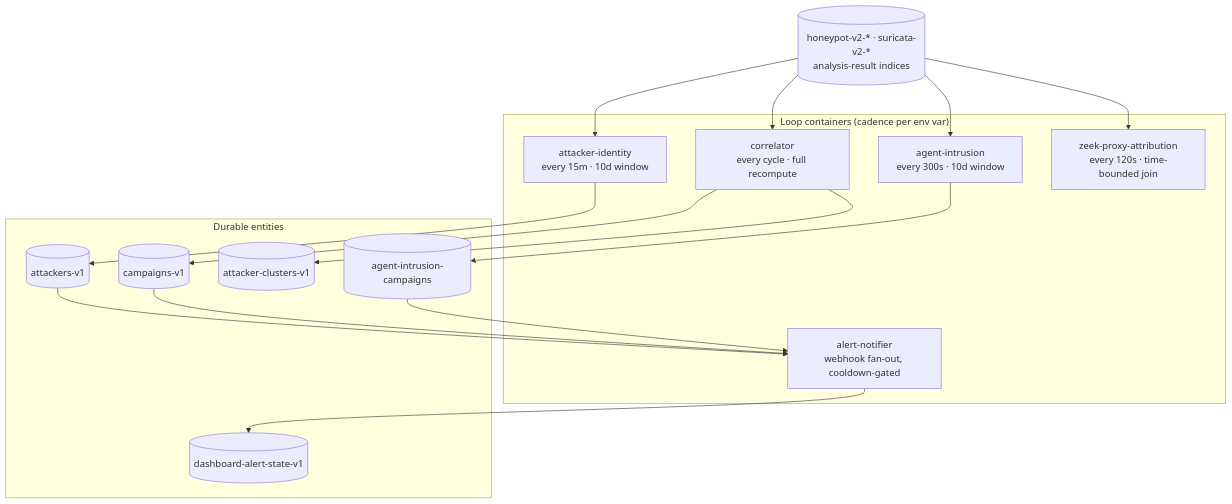
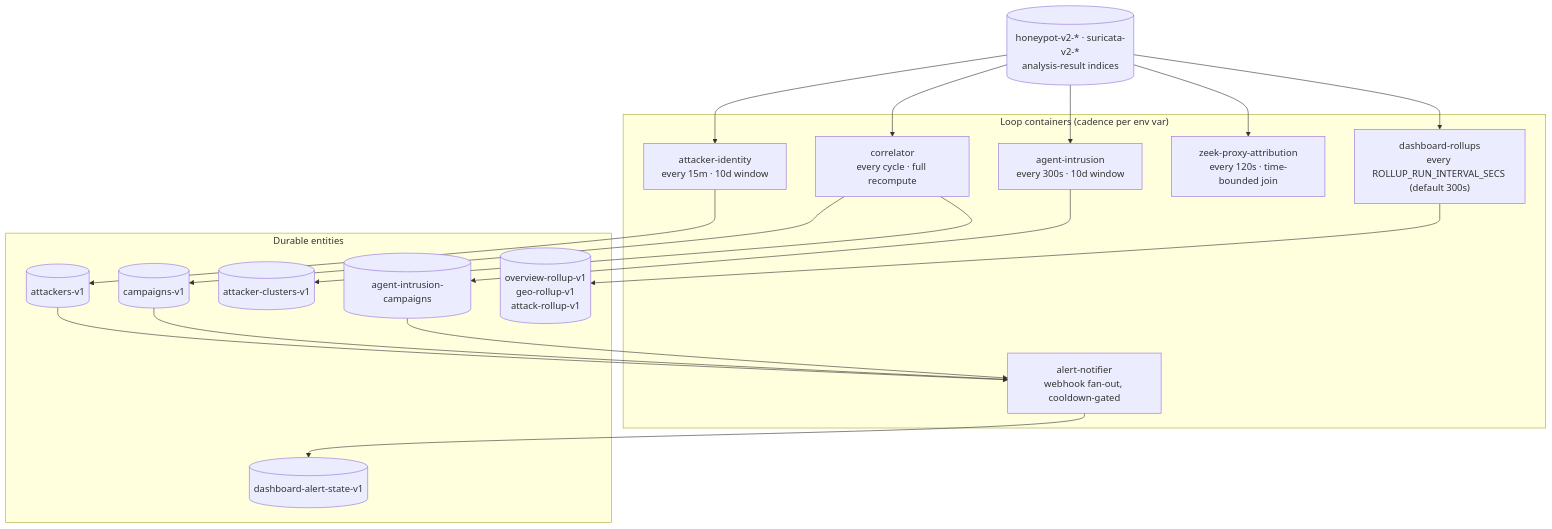
Before and after one commit to Xore/APIARY: the second of 3 diagrams in docs/PIPELINES.md, drawn with Mermaid. The commit also changed other lines of this file and 17 other files, not shown here.

````diff
--- a/docs/PIPELINES.md
+++ b/docs/PIPELINES.md
@@ -145,26 +146,29 @@
 ```mermaid
 flowchart TB
   raw[("honeypot-v2-* · suricata-v2-*<br/>analysis-result indices")]
 
   subgraph loops["Loop containers (cadence per env var)"]
     ident["attacker-identity<br/>every 15m · 10d window"]
     corr["correlator<br/>every cycle · full recompute"]
     intr["agent-intrusion<br/>every 300s · 10d window"]
     zpa["zeek-proxy-attribution<br/>every 120s · time-bounded join"]
     alert["alert-notifier<br/>webhook fan-out, cooldown-gated"]
+    roll["dashboard-rollups<br/>every ROLLUP_RUN_INTERVAL_SECS (default 300s)"]
   end
 
   subgraph out["Durable entities"]
     atk[("attackers-v1")]
     cmp[("campaigns-v1")]
     clu[("attacker-clusters-v1")]
     aic[("agent-intrusion-campaigns")]
     st[("dashboard-alert-state-v1")]
+    rll[("overview-rollup-v1<br/>geo-rollup-v1<br/>attack-rollup-v1")]
   end
 
   raw --> ident --> atk
   raw --> corr --> cmp & clu
   raw --> intr --> aic
   raw --> zpa
   atk & cmp & aic --> alert --> st
+  raw --> roll --> rll
 ```
````
